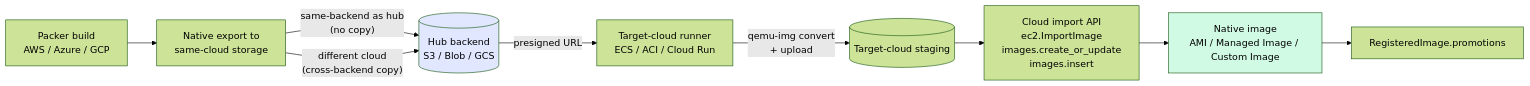
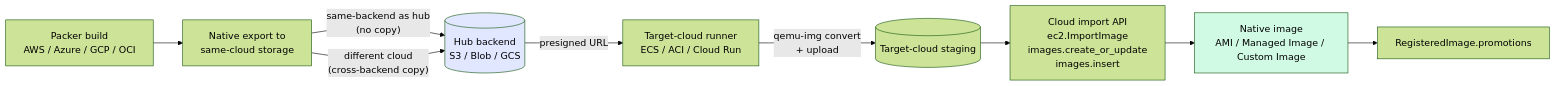
Before and after one commit to Weaverlab-xyz/vm-dashboard-community: the diagram in docs/image-management.md, drawn with Mermaid (forest theme). The commit also changed other lines of this file and 21 other files, not shown here.

````diff
--- a/docs/image-management.md
+++ b/docs/image-management.md
@@ -288,13 +316,13 @@
 ```mermaid
 flowchart LR
-    build["Packer build<br/>AWS / Azure / GCP"] --> export["Native export to<br/>same-cloud storage"]
+    build["Packer build<br/>AWS / Azure / GCP / OCI"] --> export["Native export to<br/>same-cloud storage"]
     export -- "same-backend as hub<br/>(no copy)" --> hub[("Hub backend<br/>S3 / Blob / GCS")]
     export -- "different cloud<br/>(cross-backend copy)" --> hub
     hub -- "presigned URL" --> runner["Target-cloud runner<br/>ECS / ACI / Cloud Run"]
     runner -- "qemu-img convert<br/>+ upload" --> staging[("Target-cloud staging")]
     staging --> imp["Cloud import API<br/>ec2.ImportImage<br/>images.create_or_update<br/>images.insert"]
     imp --> ami["Native image<br/>AMI / Managed Image / Custom Image"]
     ami --> promo["RegisteredImage.promotions"]
     style hub fill:#e0e7ff
     style ami fill:#d1fae5
 ```
````
